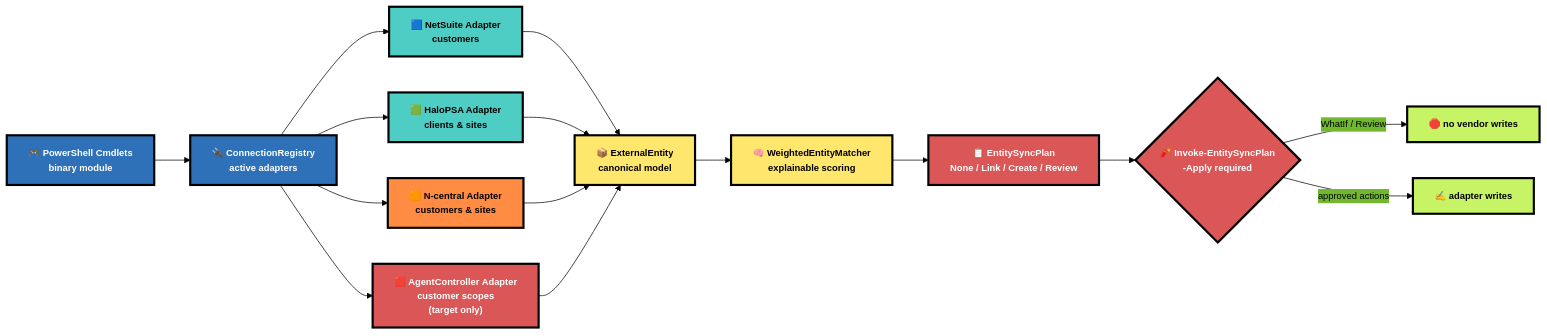
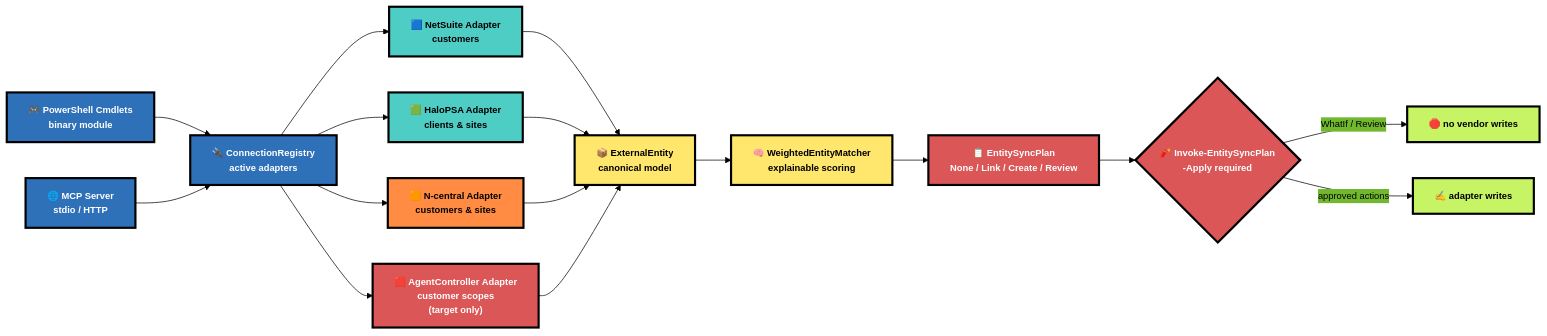
The first of 2 diagrams in README.md (LISSConsulting/LISSTech.EntitySync), drawn with Mermaid before and after one commit. The commit also changed other lines of this file and 45 other files, not shown here.

Commit message:
Add deployable EntitySync MCP server

````diff
--- a/README.md
+++ b/README.md
@@ -104,34 +105,35 @@
 ```mermaid
 %%{init: {'theme': 'base', 'themeVariables': {'fontFamily': 'monospace', 'fontSize': '13px', 'primaryColor': '#2E71B8', 'primaryBorderColor': '#000', 'primaryTextColor': '#000', 'lineColor': '#000'}}}%%
 graph LR
     A["🎮 PowerShell Cmdlets<br/>binary module"] --> B["🔌 ConnectionRegistry<br/>active adapters"]
+    M["🌐 MCP Server<br/>stdio / HTTP"] --> B
     B --> C["🟦 NetSuite Adapter<br/>customers"]
     B --> D["🟩 HaloPSA Adapter<br/>clients & sites"]
     B --> K["🟧 N-central Adapter<br/>customers & sites"]
     B --> L["🟥 AgentController Adapter<br/>customer scopes<br/>(target only)"]
     C --> E["📦 ExternalEntity<br/>canonical model"]
     D --> E
     K --> E
     L --> E
     E --> F["🧠 WeightedEntityMatcher<br/>explainable scoring"]
     F --> G["📋 EntitySyncPlan<br/>None / Link / Create / Review"]
     G --> H{"🧨 Invoke-EntitySyncPlan<br/>-Apply required"}
     H -->|"WhatIf / Review"| I["🛑 no vendor writes"]
     H -->|"approved actions"| J["✍️ adapter writes"]
 
     classDef blue fill:#2E71B8,stroke:#000,stroke-width:3px,color:#fff,font-weight:bold
     classDef mint fill:#4ECDC4,stroke:#000,stroke-width:3px,color:#000,font-weight:bold
     classDef orange fill:#FF8C42,stroke:#000,stroke-width:3px,color:#000,font-weight:bold
     classDef red2 fill:#DA5657,stroke:#000,stroke-width:3px,color:#fff,font-weight:bold
     classDef amber fill:#FFE66D,stroke:#000,stroke-width:3px,color:#000,font-weight:bold
     classDef red fill:#DA5657,stroke:#000,stroke-width:3px,color:#fff,font-weight:bold
     classDef green fill:#C7F464,stroke:#000,stroke-width:3px,color:#000,font-weight:bold
 
-    class A,B blue
+    class A,B,M blue
     class C,D mint
     class K orange
     class L red2
     class E,F amber
     class G,H red
     class I,J green
 ```
````
